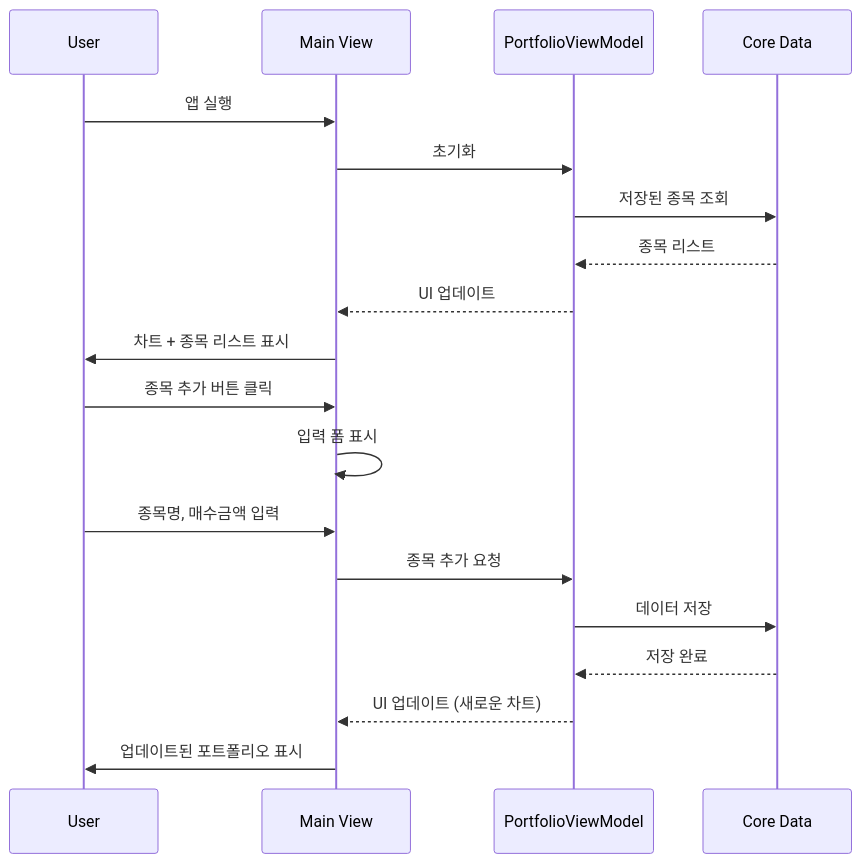
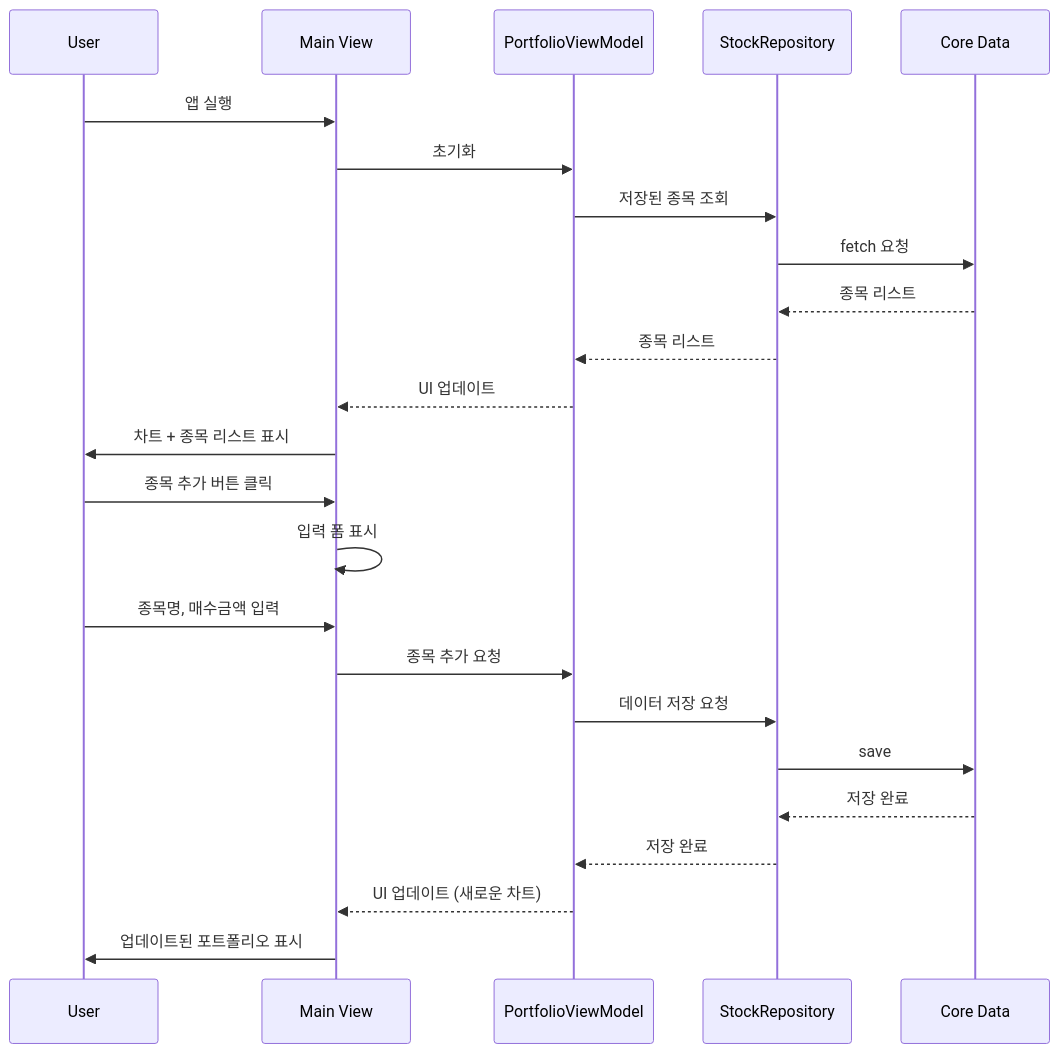
Before and after one commit to lkis71/stock-folio: the second of 4 diagrams in docs/portfolio/DESIGN.md, drawn with Mermaid. The commit also changed other lines of this file, not shown here.

First line of the commit message:
앱 구성도 및 데이터 흐름도에 매매일지 기능 반영

````diff
--- a/docs/portfolio/DESIGN.md
+++ b/docs/portfolio/DESIGN.md
@@ -54,23 +85,28 @@
 ```mermaid
 sequenceDiagram
     participant U as User
     participant V as Main View
     participant VM as PortfolioViewModel
+    participant R as StockRepository
     participant CD as Core Data
 
     U->>V: 앱 실행
     V->>VM: 초기화
-    VM->>CD: 저장된 종목 조회
-    CD-->>VM: 종목 리스트
+    VM->>R: 저장된 종목 조회
+    R->>CD: fetch 요청
+    CD-->>R: 종목 리스트
+    R-->>VM: 종목 리스트
     VM-->>V: UI 업데이트
     V->>U: 차트 + 종목 리스트 표시
 
     U->>V: 종목 추가 버튼 클릭
     V->>V: 입력 폼 표시
     U->>V: 종목명, 매수금액 입력
     V->>VM: 종목 추가 요청
-    VM->>CD: 데이터 저장
-    CD-->>VM: 저장 완료
+    VM->>R: 데이터 저장 요청
+    R->>CD: save
+    CD-->>R: 저장 완료
+    R-->>VM: 저장 완료
     VM-->>V: UI 업데이트 (새로운 차트)
     V->>U: 업데이트된 포트폴리오 표시
 ```
````
